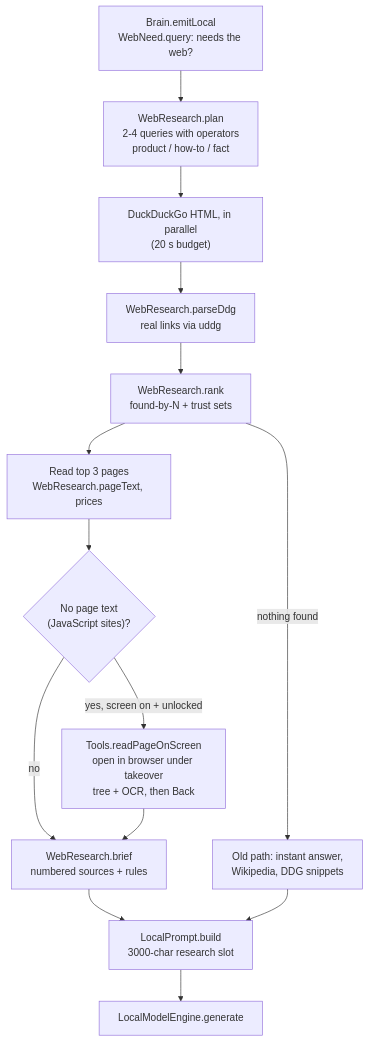
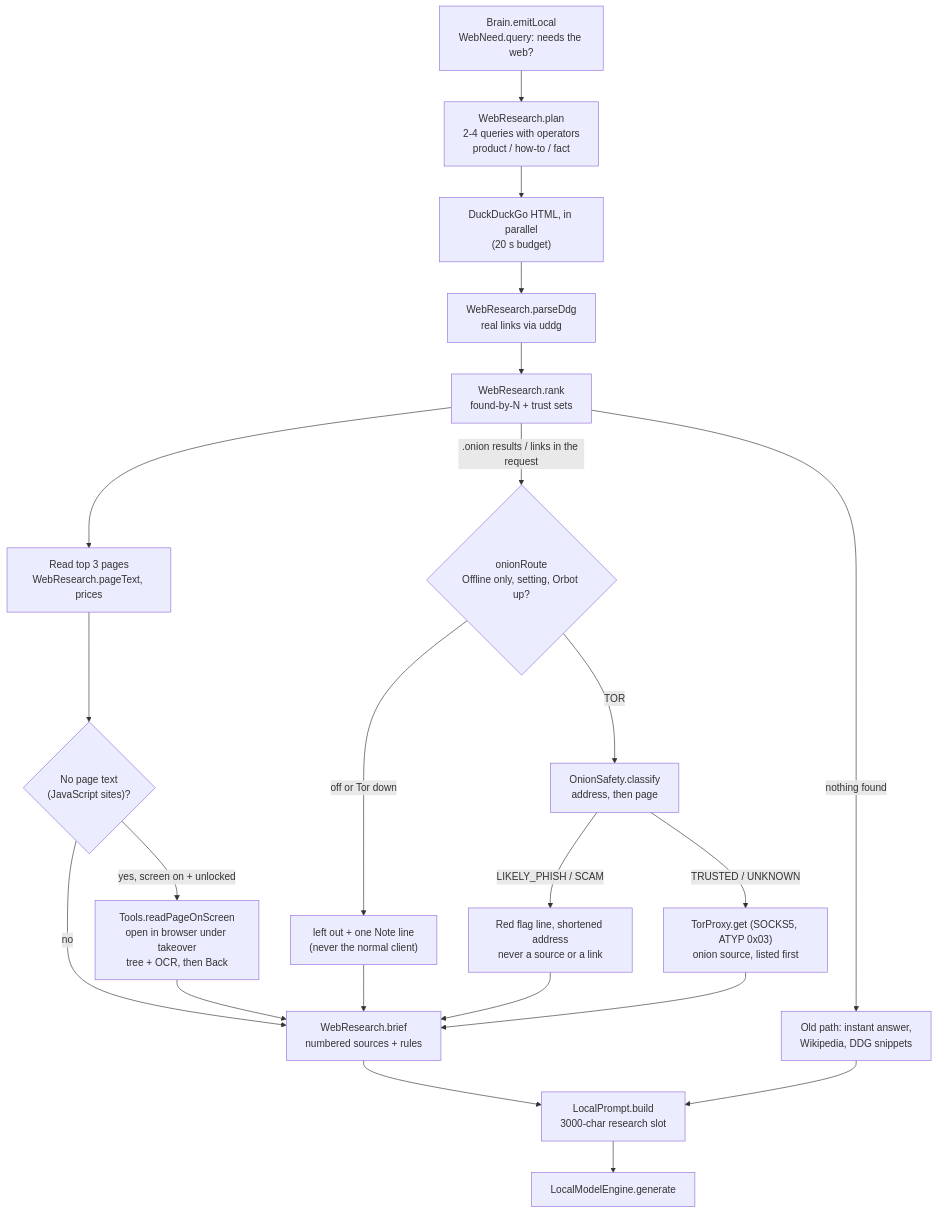
The fifth of 9 diagrams in ARCHITECTURE.md (Arbloodhound/Jarvis), drawn with Mermaid before and after one commit. The commit also changed other lines of this file and 22 other files, not shown here.

````diff
--- a/ARCHITECTURE.md
+++ b/ARCHITECTURE.md
@@ -235,15 +237,20 @@
 ```mermaid
 flowchart TD
   Q["Brain.emitLocal<br/>WebNeed.query: needs the web?"] --> PL["WebResearch.plan<br/>2-4 queries with operators<br/>product / how-to / fact"]
   PL --> DDG["DuckDuckGo HTML, in parallel<br/>(20 s budget)"]
   DDG --> PA["WebResearch.parseDdg<br/>real links via uddg"]
   PA --> RK["WebResearch.rank<br/>found-by-N + trust sets"]
   RK --> PG["Read top 3 pages<br/>WebResearch.pageText, prices"]
   PG --> EMP{"No page text<br/>(JavaScript sites)?"}
   EMP -- "yes, screen on + unlocked" --> OS["Tools.readPageOnScreen<br/>open in browser under takeover<br/>tree + OCR, then Back"]
   EMP -- no --> BF
   OS --> BF["WebResearch.brief<br/>numbered sources + rules"]
   BF --> PR["LocalPrompt.build<br/>3000-char research slot"]
   PR --> GEN["LocalModelEngine.generate"]
   RK -- "nothing found" --> OLD["Old path: instant answer,<br/>Wikipedia, DDG snippets"] --> PR
+  RK -- ".onion results / links in the request" --> ON{"onionRoute<br/>Offline only, setting, Orbot up?"}
+  ON -- "off or Tor down" --> SKIP["left out + one Note line<br/>(never the normal client)"] --> BF
+  ON -- "TOR" --> CLS["OnionSafety.classify<br/>address, then page"]
+  CLS -- "LIKELY_PHISH / SCAM" --> RF["Red flag line, shortened address<br/>never a source or a link"] --> BF
+  CLS -- "TRUSTED / UNKNOWN" --> TP["TorProxy.get (SOCKS5, ATYP 0x03)<br/>onion source, listed first"] --> BF
 ```
````
